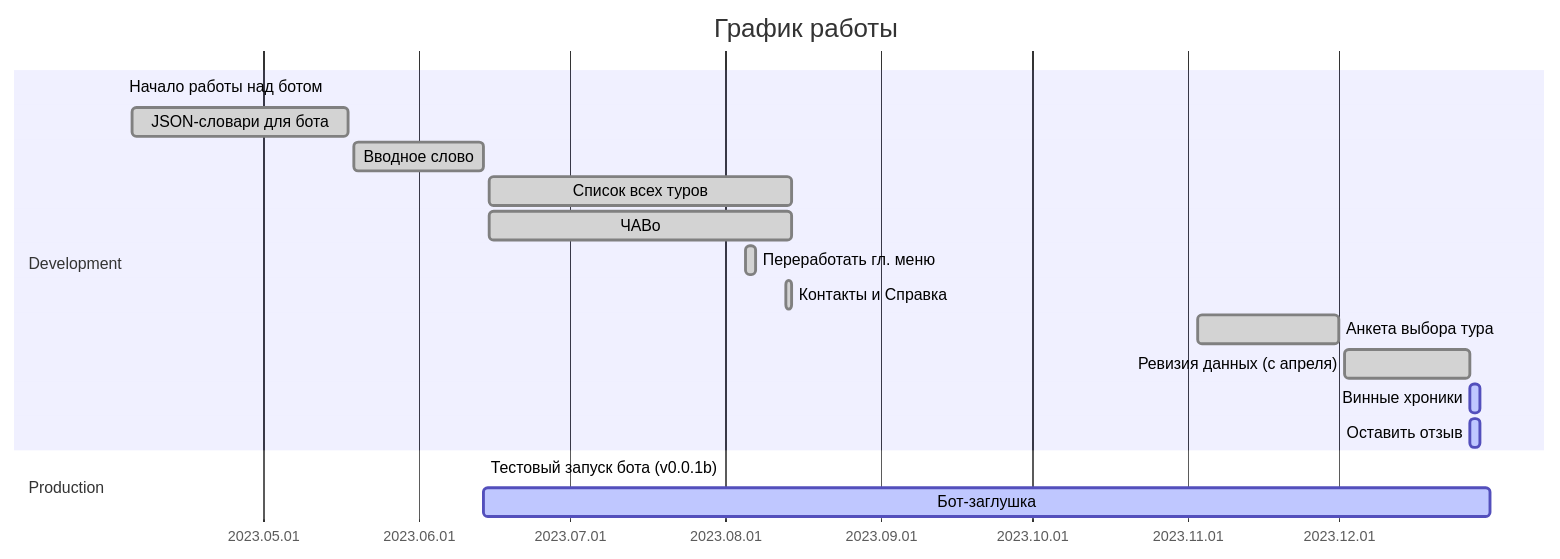
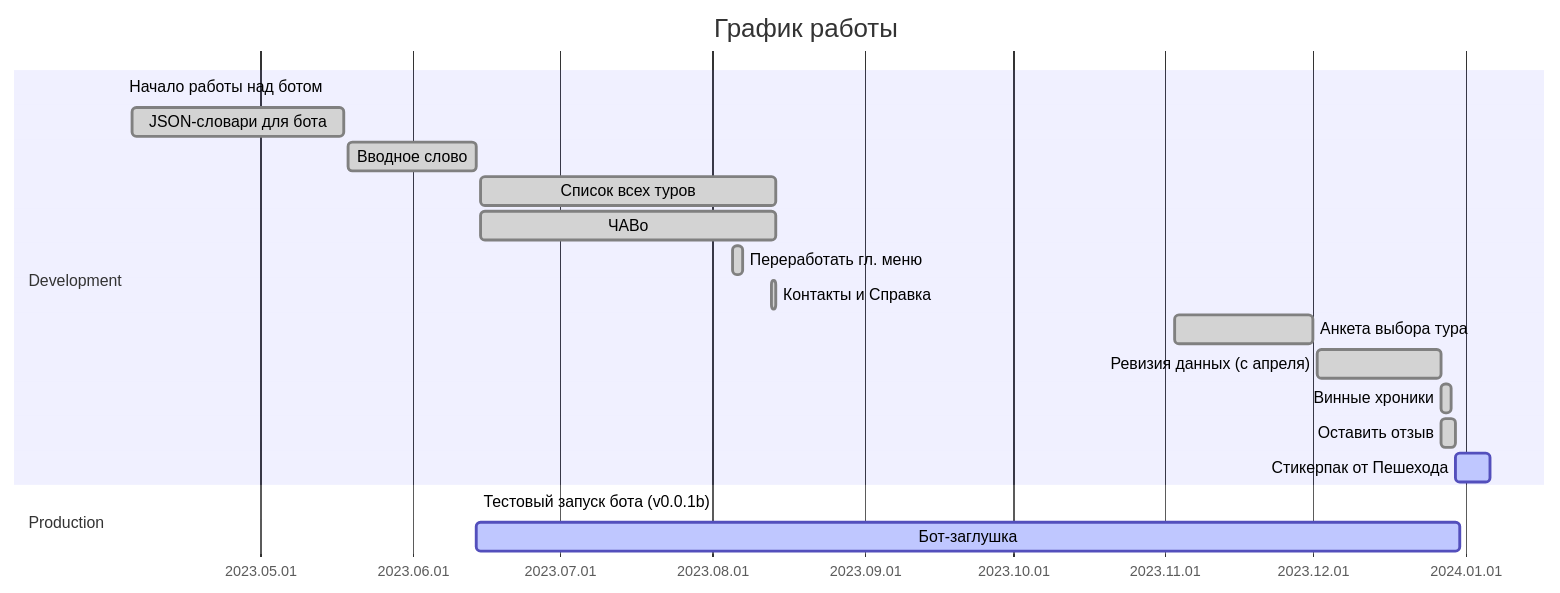
The first of 2 diagrams in README.md (tropintropin/telegram_bot_peshehod_chat), drawn with Mermaid before and after one commit. The commit also changed other lines of this file, not shown here.

````diff
--- a/README.md
+++ b/README.md
@@ -48,22 +50,23 @@
 ```mermaid
 gantt
 title       График работы
 dateFormat  YYYY.MM.DD
 axisFormat  %Y.%m.%d
 excludes    
 section     Development
 Начало работы над ботом         :mileston,      2023.04.03, 
 JSON-словари для бота           :done,      a0, 2023.04.05, 2023.05.18
 Вводное слово                   :done,      a1, 2023.05.19, 2023.06.14
 Список всех туров               :done,    a2, 2023.06.15, 60d
 ЧАВо                            :done,    a3, 2023.06.15, 60d
 Переработать гл. меню           :done,      a5, 2023.08.05, 2d
 Контакты и Справка              :done,      a6, 2023.08.13, 1d
 Анкета выбора тура              :done,    a7, 2023.11.03, 2023.12.01
 Ревизия данных (с апреля)       :done,    a8, 2023.12.02, 2023.12.27
-Винные хроники                  :active,    a9, 2023.12.27, 2d
-Оставить отзыв                  :active,    a10, 2023.12.27, 2d
+Винные хроники                  :done,    a9, 2023.12.27, 2d
+Оставить отзыв                  :done,    a10, 2023.12.27, 3d
+Стикерпак от Пешехода           :active,  a11, 2023.12.30, 1w
 section     Production
 Тестовый запуск бота (v0.0.1b)  :mileston,      2023.06.14,
 Бот-заглушка                    :active,    b0, 2023.06.14, 2023.12.31
 ```
````
